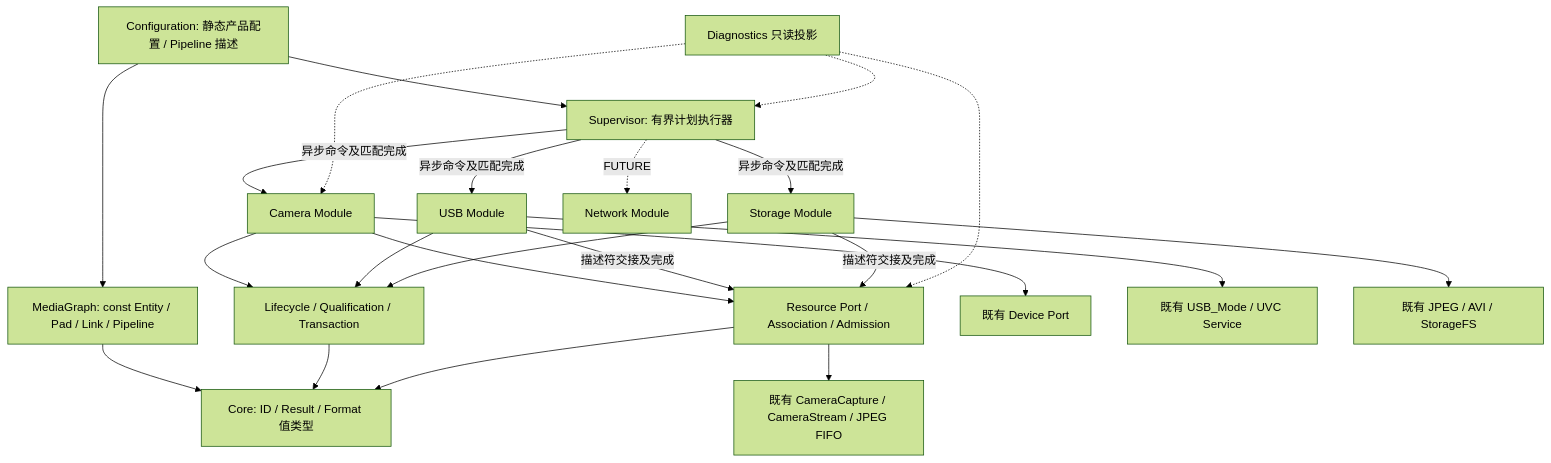
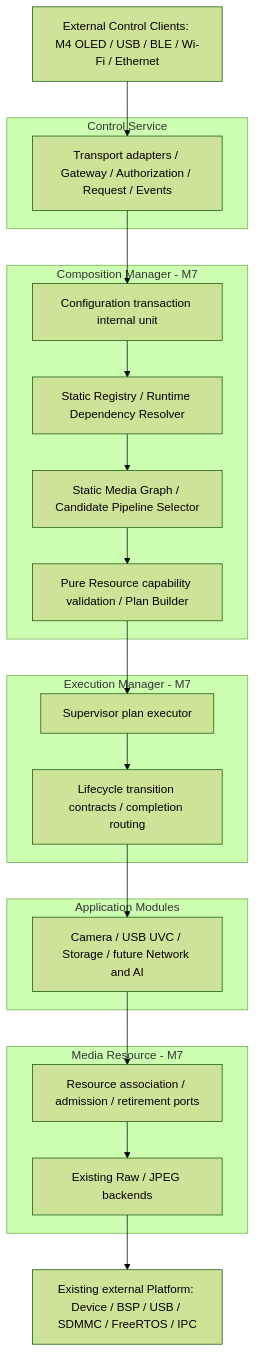
Before and after one commit to ruk93668-creator/h7_mac: the second of 2 diagrams in Docs/Architecture/V2/H7_V2_ApplicationArchitecture.md, drawn with Mermaid (forest theme). The commit also changed other lines of this file and 9 other files, not shown here.

Commit message:
docs(architecture): consolidate R2 R3 within frozen V2 subsystems

````diff
--- a/Docs/Architecture/V2/H7_V2_ApplicationArchitecture.md
+++ b/Docs/Architecture/V2/H7_V2_ApplicationArchitecture.md
@@ -41,25 +41,36 @@
 ```mermaid
 flowchart TB
-  Product[Configuration: 静态产品配置 / Pipeline 描述] --> Super[Supervisor: 有界计划执行器]
-  Product --> Graph[MediaGraph: const Entity / Pad / Link / Pipeline]
-  Super -->|异步命令及匹配完成| Camera[Camera Module]
-  Super -->|异步命令及匹配完成| USB[USB Module]
-  Super -->|异步命令及匹配完成| Storage[Storage Module]
-  Super -. FUTURE .-> Net[Network Module]
-  Camera --> Life[Lifecycle / Qualification / Transaction]
-  USB --> Life
-  Storage --> Life
-  Camera --> Resource[Resource Port / Association / Admission]
-  USB -->|描述符交接及完成| Resource
-  Storage -->|描述符交接及完成| Resource
-  Resource --> Media[既有 CameraCapture / CameraStream / JPEG FIFO]
-  Camera --> Device[既有 Device Port]
-  USB --> USBSvc[既有 USB_Mode / UVC Service]
-  Storage --> FS[既有 JPEG / AVI / StorageFS]
-  Graph --> Types[Core: ID / Result / Format 值类型]
-  Life --> Types
-  Resource --> Types
-  Diag[Diagnostics 只读投影] -.-> Super
-  Diag -.-> Camera
-  Diag -.-> Resource
+  Clients[External Control Clients: M4 OLED / USB / BLE / Wi-Fi / Ethernet]
+  subgraph CS[Control Service]
+    A[Transport adapters / Gateway / Authorization / Request / Events]
+  end
+  subgraph CM[Composition Manager - M7]
+    C[Configuration transaction internal unit]
+    R[Static Registry / Runtime Dependency Resolver]
+    MG[Static Media Graph / Candidate Pipeline Selector]
+    RC[Pure Resource capability validation / Plan Builder]
+  end
+  subgraph EM[Execution Manager - M7]
+    S[Supervisor plan executor]
+    LC[Lifecycle transition contracts / completion routing]
+  end
+  subgraph AM[Application Modules]
+    MOD[Camera / USB UVC / Storage / future Network and AI]
+  end
+  subgraph MR[Media Resource - M7]
+    RES[Resource association / admission / retirement ports]
+    MB[Existing Raw / JPEG backends]
+  end
+  LOW[Existing external Platform: Device / BSP / USB / SDMMC / FreeRTOS / IPC]
+  Clients --> A
+  A --> C
+  C --> R
+  R --> MG
+  MG --> RC
+  RC --> S
+  S --> LC
+  LC --> MOD
+  MOD --> RES
+  RES --> MB
+  MB --> LOW
 ```
````
